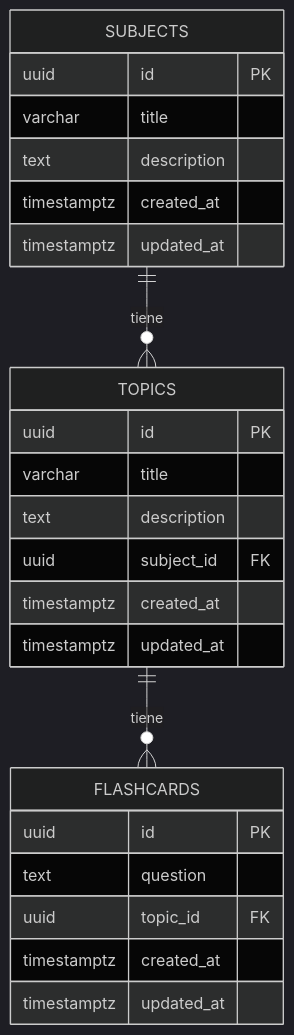
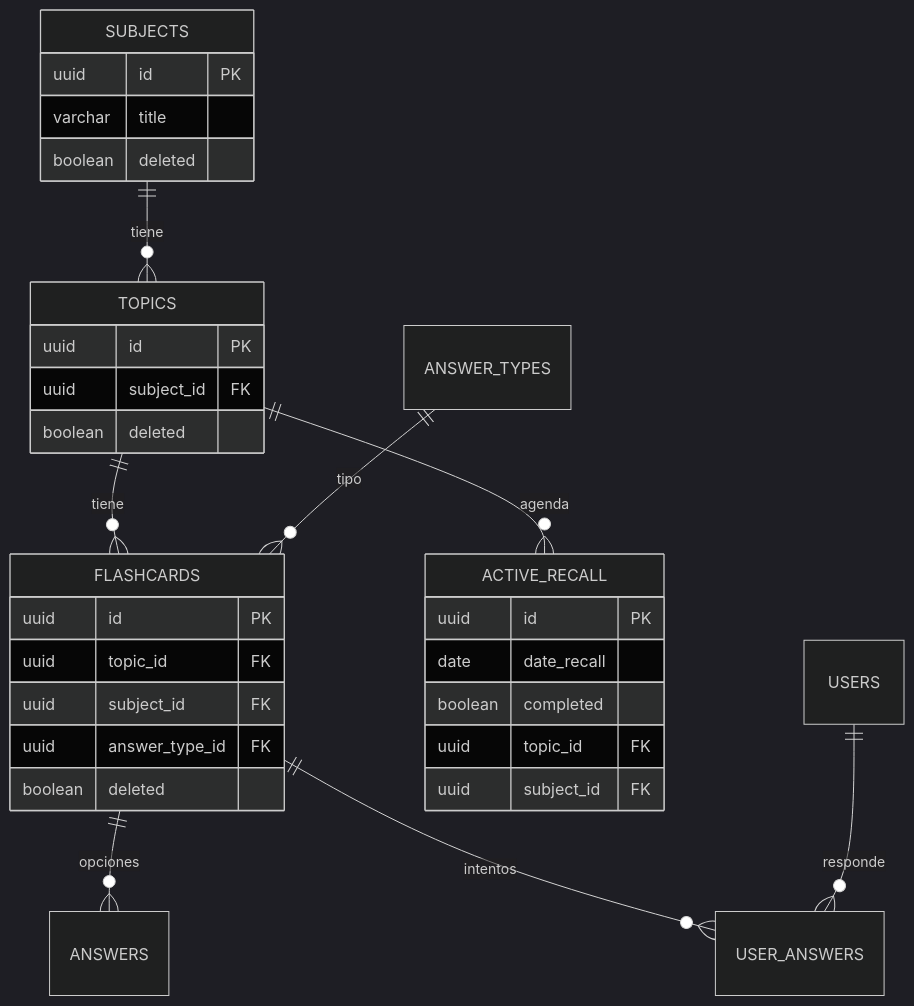
The third of 3 diagrams in docs/ARCHITECTURE.md (undercovered/backend-active-recall), drawn with Mermaid (dark theme) before and after one commit. The commit also changed other lines of this file and 33 other files, not shown here.

````diff
--- a/docs/ARCHITECTURE.md
+++ b/docs/ARCHITECTURE.md
@@ -155,28 +107,35 @@
 ```mermaid
 erDiagram
-    SUBJECTS ||--o{ TOPICS : "tiene"
-    TOPICS   ||--o{ FLASHCARDS : "tiene"
+    SUBJECTS ||--o{ TOPICS : tiene
+    TOPICS ||--o{ FLASHCARDS : tiene
+    TOPICS ||--o{ ACTIVE_RECALL : agenda
+    FLASHCARDS ||--o{ ANSWERS : opciones
+    FLASHCARDS ||--o{ USER_ANSWERS : intentos
+    ANSWER_TYPES ||--o{ FLASHCARDS : tipo
+    USERS ||--o{ USER_ANSWERS : responde
 
     SUBJECTS {
         uuid id PK
         varchar title
-        text description
-        timestamptz created_at
-        timestamptz updated_at
+        boolean deleted
     }
     TOPICS {
         uuid id PK
-        varchar title
-        text description
         uuid subject_id FK
-        timestamptz created_at
-        timestamptz updated_at
+        boolean deleted
     }
     FLASHCARDS {
         uuid id PK
-        text question
         uuid topic_id FK
-        timestamptz created_at
-        timestamptz updated_at
+        uuid subject_id FK
+        uuid answer_type_id FK
+        boolean deleted
+    }
+    ACTIVE_RECALL {
+        uuid id PK
+        date date_recall
+        boolean completed
+        uuid topic_id FK
+        uuid subject_id FK
     }
 ```
````
